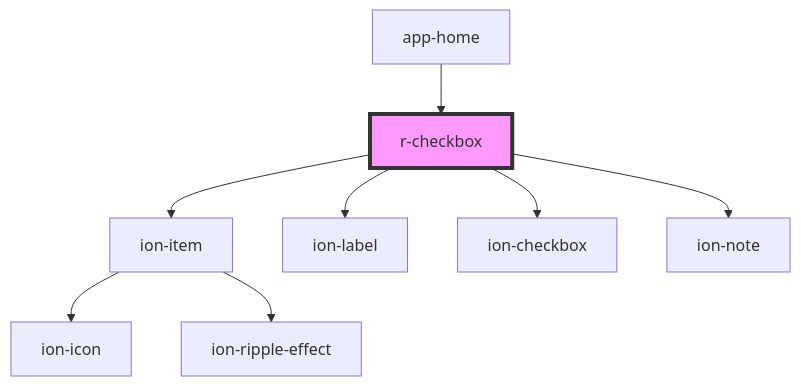
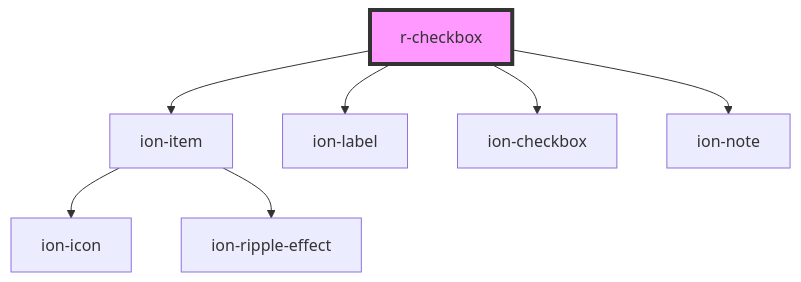
One commit to refactico/design-system changed the diagram in src/components/r-checkbox/readme.md. Above: the diagram before and after it, drawn with Mermaid. The commit also changed other lines of this file and 27 other files, not shown here.

First line of the commit message:
chore: update component dependencies and documentation for app-home

````diff
--- a/src/components/r-checkbox/readme.md
+++ b/src/components/r-checkbox/readme.md
@@ -54,11 +50,10 @@
 ```mermaid
 graph TD;
   r-checkbox --> ion-item
   r-checkbox --> ion-label
   r-checkbox --> ion-checkbox
   r-checkbox --> ion-note
   ion-item --> ion-icon
   ion-item --> ion-ripple-effect
-  app-home --> r-checkbox
   style r-checkbox fill:#f9f,stroke:#333,stroke-width:4px
 ```
````
